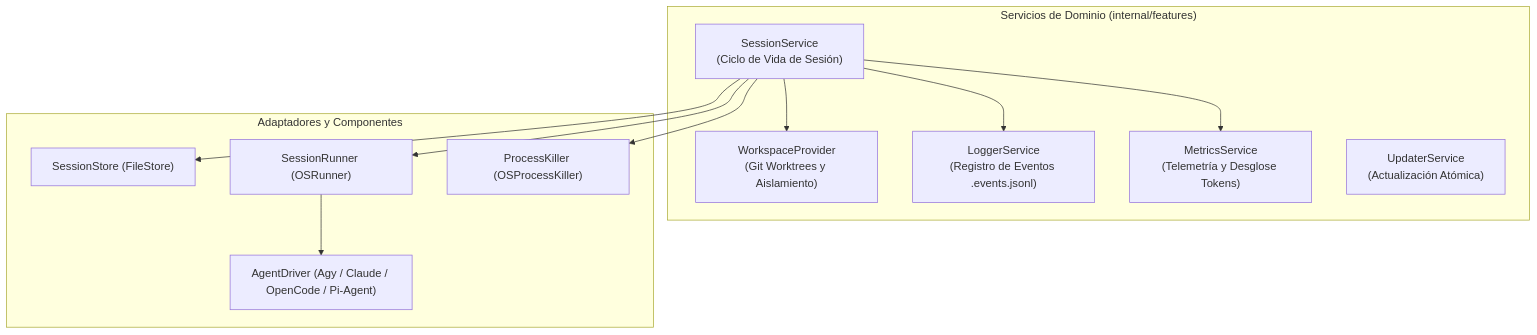
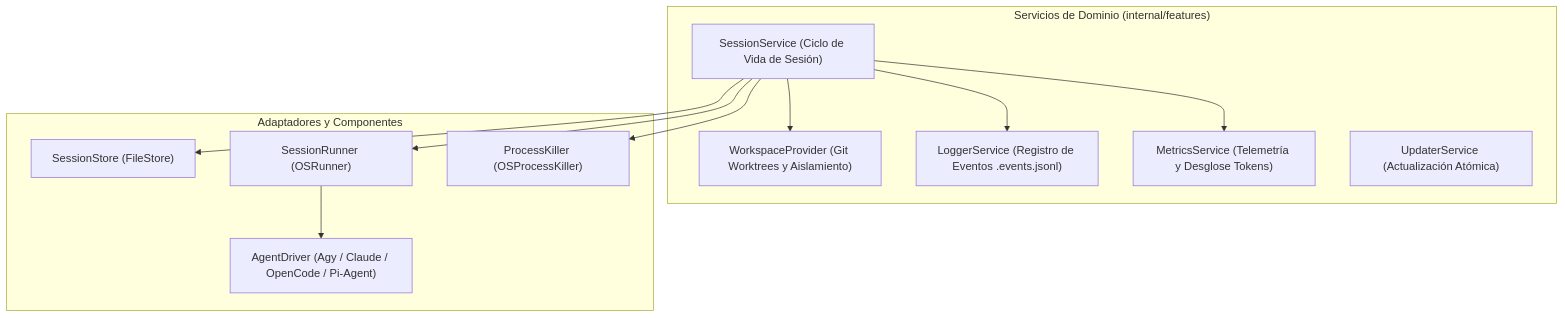
The first of 3 diagrams in docs/architecture/contracts.md (GountzJs/gountz-ia), drawn with Mermaid before and after one commit. The commit also changed 12 other files, not shown here.

````diff
--- a/docs/architecture/contracts.md
+++ b/docs/architecture/contracts.md
@@ -9,25 +9,25 @@
 ```mermaid
 flowchart TD
     subgraph Core ["Servicios de Dominio (internal/features)"]
-        SS["SessionService<br/>(Ciclo de Vida de Sesión)"]
-        WS["WorkspaceProvider<br/>(Git Worktrees y Aislamiento)"]
-        LS["LoggerService<br/>(Registro de Eventos .events.jsonl)"]
-        MS["MetricsService<br/>(Telemetría y Desglose Tokens)"]
-        US["UpdaterService<br/>(Actualización Atómica)"]
+        SS["SessionService (Ciclo de Vida de Sesión)"]
+        WS["WorkspaceProvider (Git Worktrees y Aislamiento)"]
+        LS["LoggerService (Registro de Eventos .events.jsonl)"]
+        MS["MetricsService (Telemetría y Desglose Tokens)"]
+        US["UpdaterService (Actualización Atómica)"]
     end
 
     subgraph Adapters ["Adaptadores y Componentes"]
         Store["SessionStore (FileStore)"]
         Runner["SessionRunner (OSRunner)"]
         Killer["ProcessKiller (OSProcessKiller)"]
         Driver["AgentDriver (Agy / Claude / OpenCode / Pi-Agent)"]
     end
 
     SS --> Store
     SS --> Runner
     SS --> Killer
     SS --> WS
     SS --> LS
     SS --> MS
     Runner --> Driver
 ```
````
